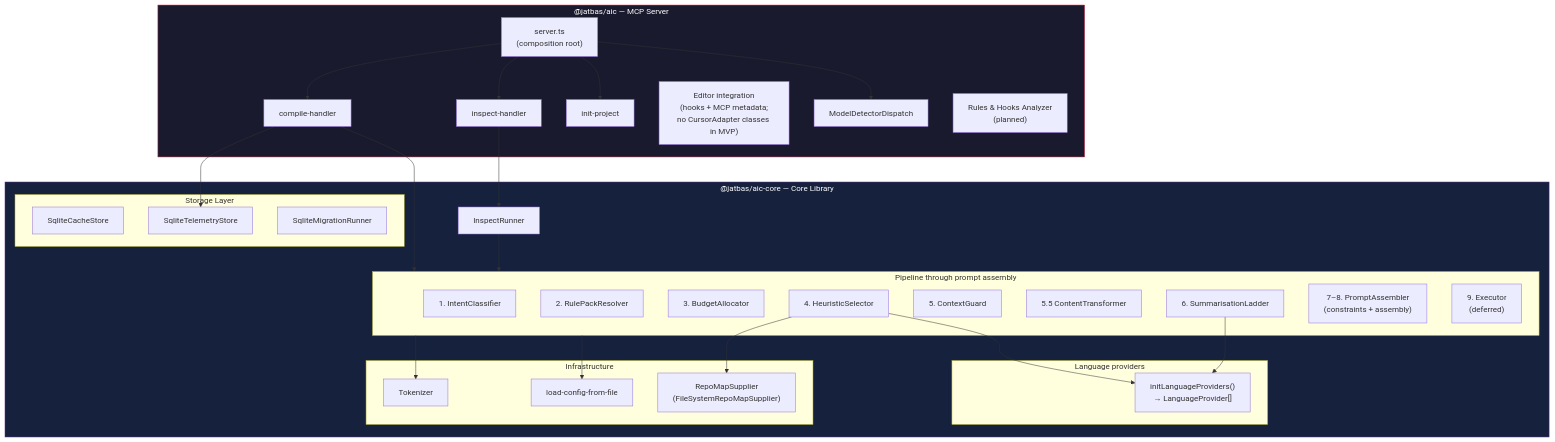
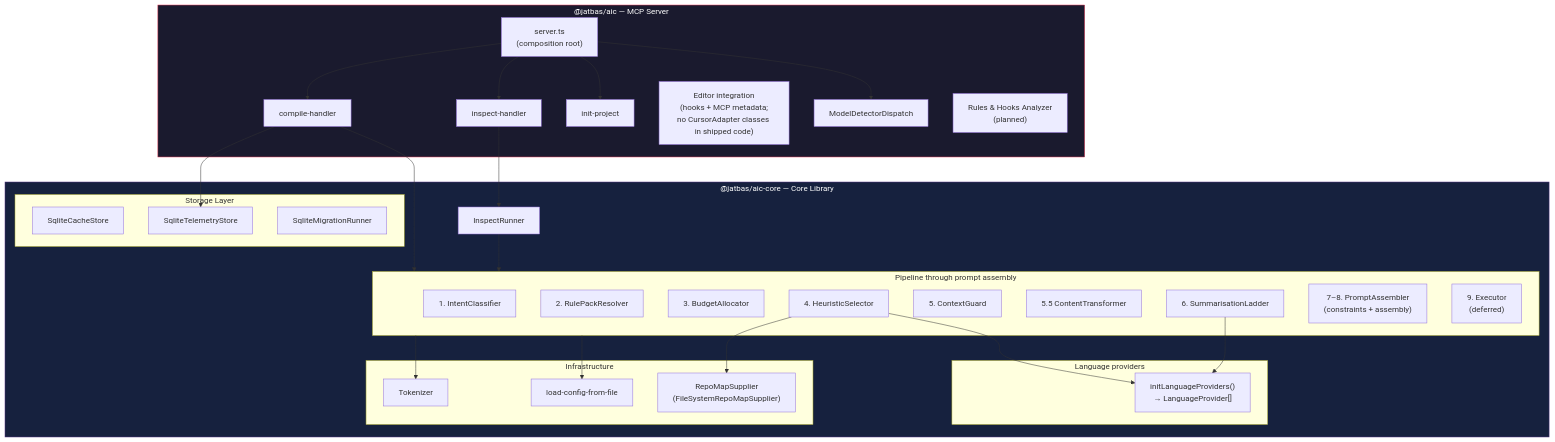
The diagram in documentation/project-plan.md (Jatbas/agent-input-compiler), drawn with Mermaid before and after one commit. The commit also changed other lines of this file and 15 other files, not shown here.

````diff
--- a/documentation/project-plan.md
+++ b/documentation/project-plan.md
@@ -1058,58 +1058,58 @@
 ```mermaid
 graph TB
     subgraph mcp ["@jatbas/aic — MCP Server"]
         Server["server.ts\n(composition root)"]
         CompileHandler["compile-handler"]
         InspectHandler["inspect-handler"]
         InitProject["init-project"]
-        EditorIntegration["Editor integration\n(hooks + MCP metadata;\nno CursorAdapter classes in MVP)"]
+        EditorIntegration["Editor integration\n(hooks + MCP metadata;\nno CursorAdapter classes in shipped code)"]
         ModelDet["ModelDetectorDispatch"]
         RulesAnalyzer["Rules & Hooks Analyzer\n(planned)"]
     end
 
     subgraph shared ["@jatbas/aic-core — Core Library"]
         subgraph Pipeline ["Pipeline through prompt assembly"]
             S1["1. IntentClassifier"]
             S2["2. RulePackResolver"]
             S3["3. BudgetAllocator"]
             S4["4. HeuristicSelector"]
             S5["5. ContextGuard"]
             S5_5["5.5 ContentTransformer"]
             S6["6. SummarisationLadder"]
             S78["7–8. PromptAssembler\n(constraints + assembly)"]
             S9["9. Executor\n(deferred)"]
         end
         InspectRunner["InspectRunner"]
         subgraph Providers ["Language providers"]
             LangNote["initLanguageProviders()\n→ LanguageProvider[]"]
         end
         subgraph Storage ["Storage Layer"]
             CacheStore["SqliteCacheStore"]
             TelemetryStore["SqliteTelemetryStore"]
             MigrationRunner["SqliteMigrationRunner"]
         end
         subgraph Infra ["Infrastructure"]
             Tokenizer
             ConfigLoader["load-config-from-file"]
             RepoMapSup["RepoMapSupplier\n(FileSystemRepoMapSupplier)"]
         end
     end
 
     Server --> CompileHandler
     Server --> InspectHandler
     Server --> InitProject
     Server --> ModelDet
     CompileHandler --> Pipeline
     CompileHandler --> TelemetryStore
     InspectHandler --> InspectRunner
     InspectRunner --> Pipeline
 
     S4 --> LangNote
     S6 --> LangNote
     Pipeline --> Tokenizer
     Pipeline --> ConfigLoader
     S4 --> RepoMapSup
 
     style mcp fill:#1a1a2e,stroke:#e94560,color:#fff
     style shared fill:#16213e,stroke:#533483,color:#fff
 ```
````
